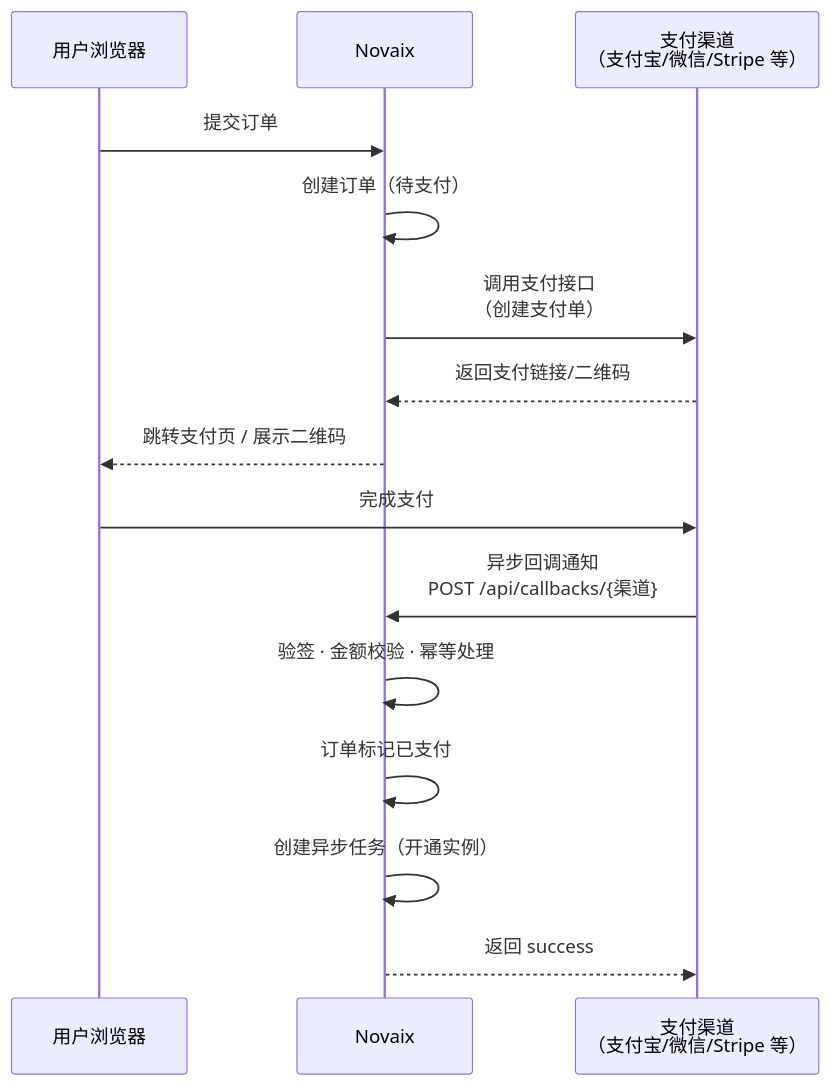
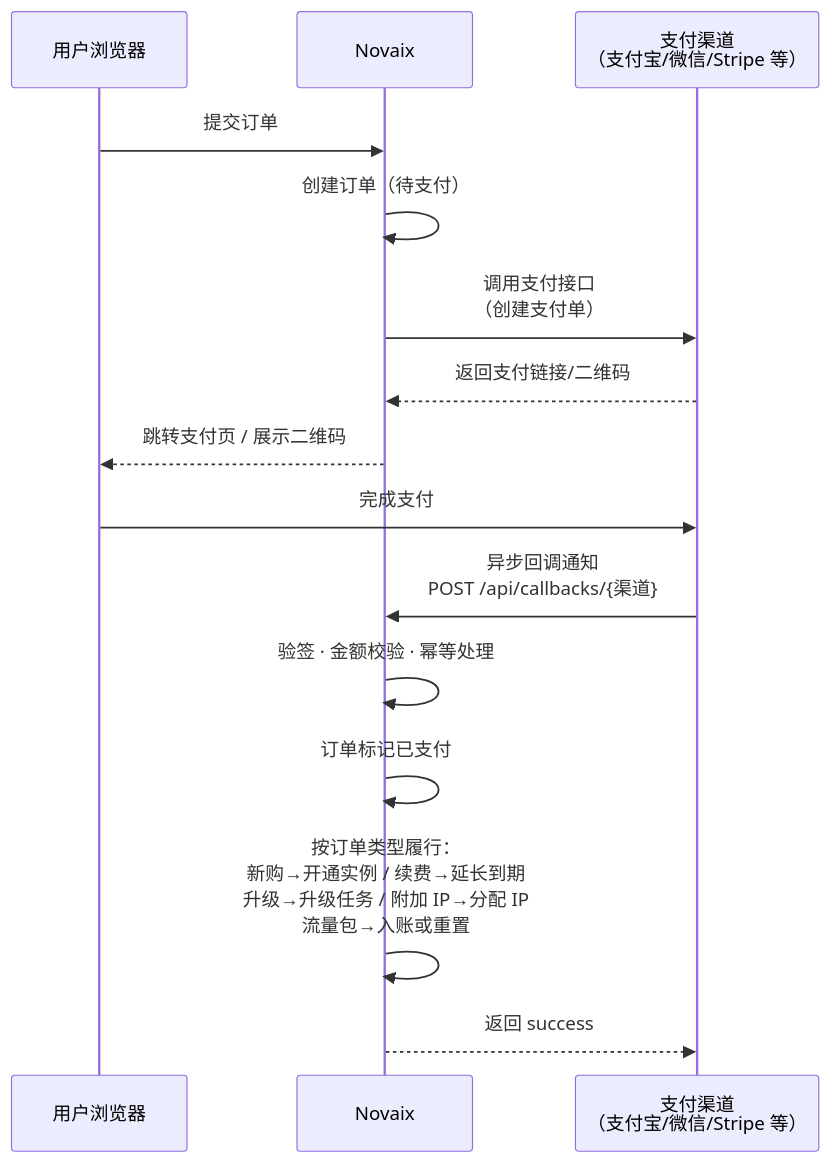
The diagram in docs/novaix/payment.md (huohuastudio/docs), drawn with Mermaid before and after one commit. The commit also changed other lines of this file and 39 other files, not shown here.

````diff
--- a/docs/novaix/payment.md
+++ b/docs/novaix/payment.md
@@ -82,19 +90,19 @@
 ```mermaid
 sequenceDiagram
     participant U as 用户浏览器
     participant N as Novaix
     participant P as 支付渠道<br/>（支付宝/微信/Stripe 等）
 
     U->>N: 提交订单
     N->>N: 创建订单（待支付）
     N->>P: 调用支付接口<br/>（创建支付单）
     P-->>N: 返回支付链接/二维码
     N-->>U: 跳转支付页 / 展示二维码
 
     U->>P: 完成支付
     P->>N: 异步回调通知<br/>POST /api/callbacks/{渠道}
     N->>N: 验签 · 金额校验 · 幂等处理
     N->>N: 订单标记已支付
-    N->>N: 创建异步任务（开通实例）
+    N->>N: 按订单类型履行：<br/>新购→开通实例 / 续费→延长到期<br/>升级→升级任务 / 附加 IP→分配 IP<br/>流量包→入账或重置
     N-->>P: 返回 success
 ```
````
